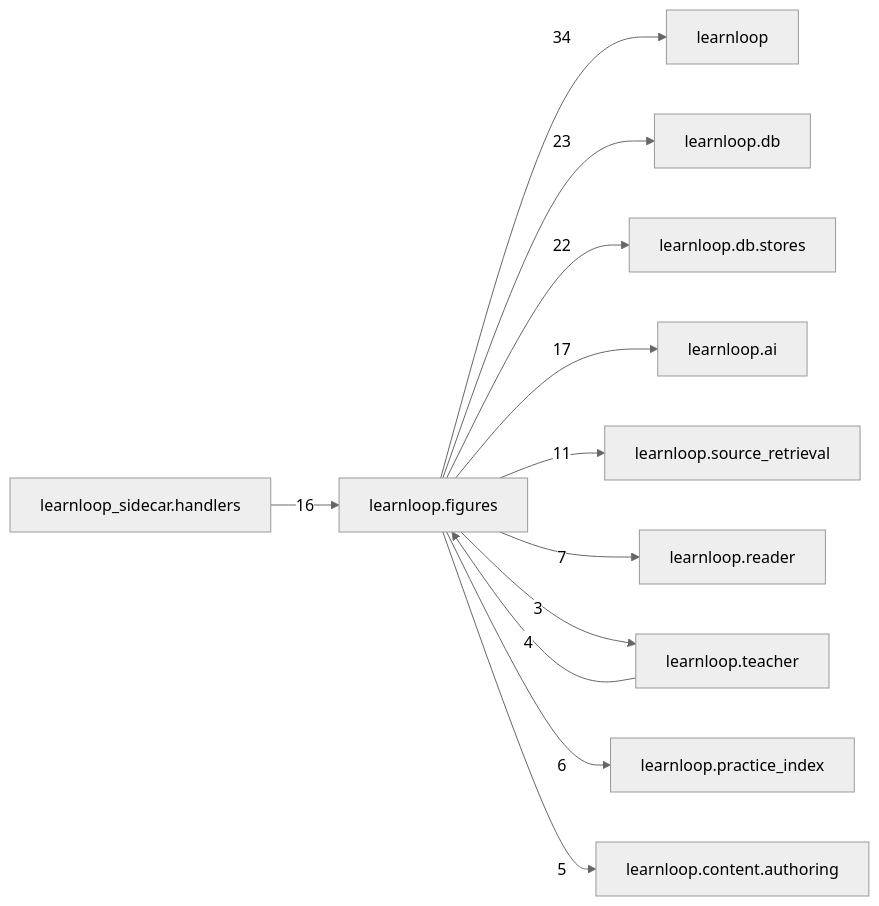
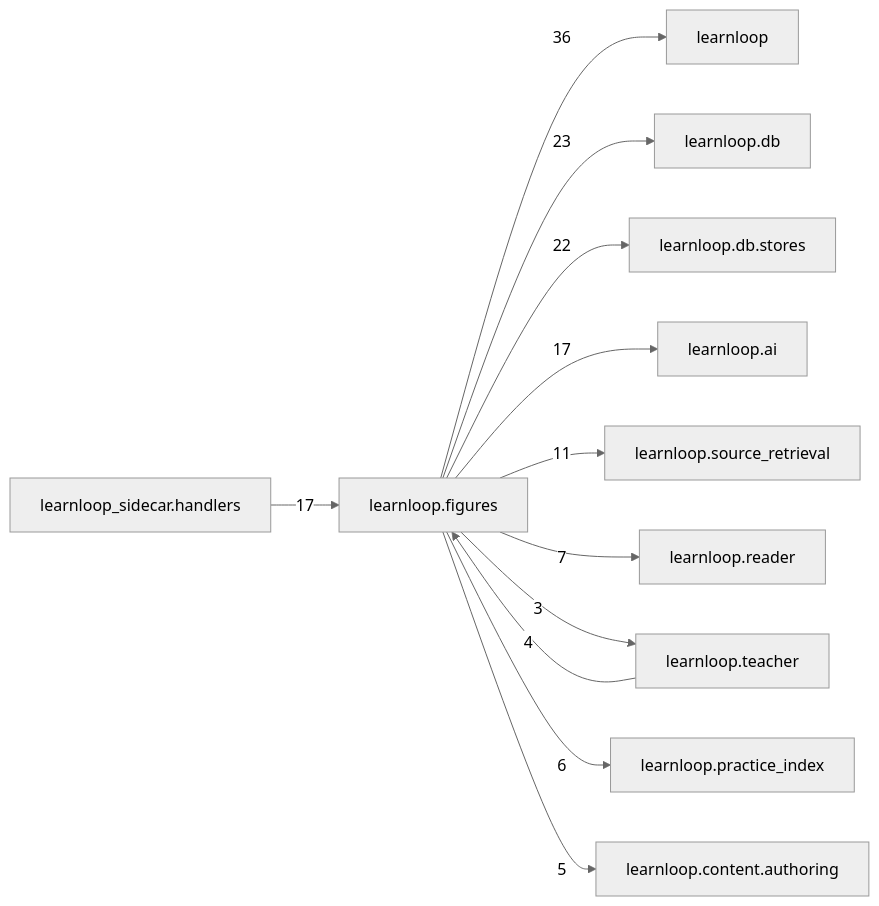
Before and after one commit to 6up-b/learnanything: the diagram in docs/learnloop-architecture-vault/Reference/Modules/learnloop/figures/_package.md, drawn with Mermaid (neutral theme). The commit also changed other lines of this file and 201 other files, not shown here.

````diff
--- a/docs/learnloop-architecture-vault/Reference/Modules/learnloop/figures/_package.md
+++ b/docs/learnloop-architecture-vault/Reference/Modules/learnloop/figures/_package.md
@@ -145,25 +145,25 @@
 ```mermaid
 flowchart LR
     center["learnloop.figures"]
     n_learnloop["learnloop"]
     n_learnloop_db["learnloop.db"]
     n_learnloop_db_stores["learnloop.db.stores"]
     n_learnloop_ai["learnloop.ai"]
     n_learnloop_sidecar_handlers["learnloop_sidecar.handlers"]
     n_learnloop_source_retrieval["learnloop.source_retrieval"]
     n_learnloop_reader["learnloop.reader"]
     n_learnloop_teacher["learnloop.teacher"]
     n_learnloop_practice_index["learnloop.practice_index"]
     n_learnloop_content_authoring["learnloop.content.authoring"]
-    center -->|34| n_learnloop
+    center -->|36| n_learnloop
     center -->|23| n_learnloop_db
     center -->|22| n_learnloop_db_stores
     center -->|17| n_learnloop_ai
-    n_learnloop_sidecar_handlers -->|16| center
+    n_learnloop_sidecar_handlers -->|17| center
     center -->|11| n_learnloop_source_retrieval
     center -->|7| n_learnloop_reader
     n_learnloop_teacher -->|4| center
     center -->|3| n_learnloop_teacher
     center -->|6| n_learnloop_practice_index
     center -->|5| n_learnloop_content_authoring
 ```
````
